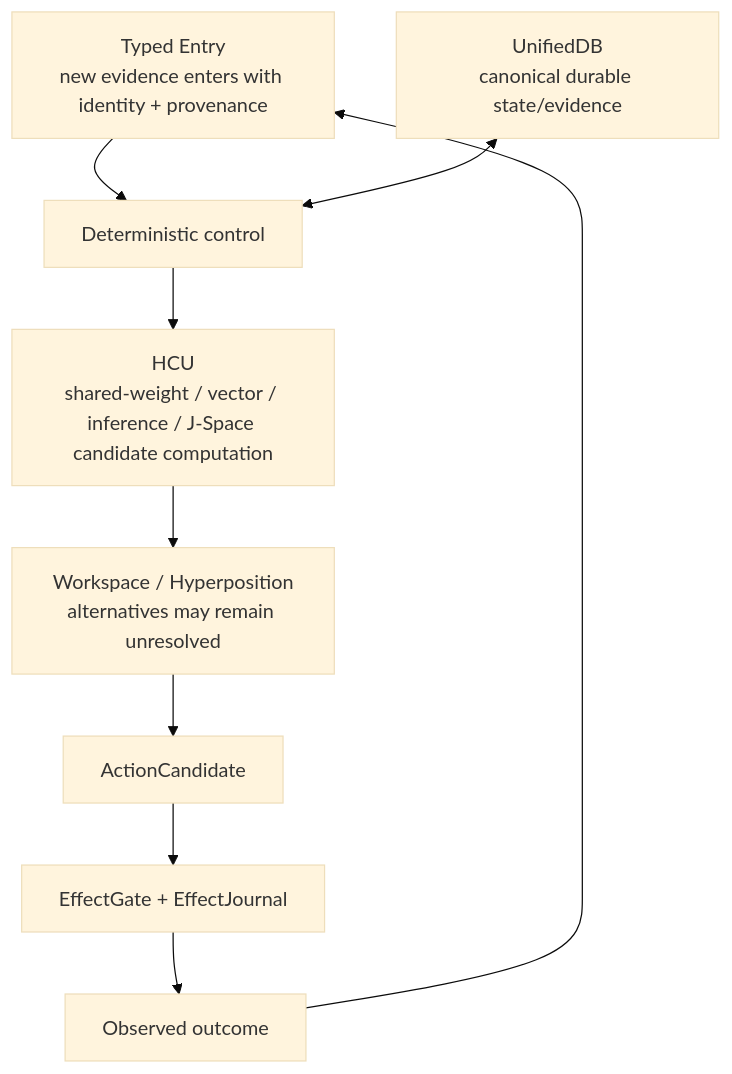
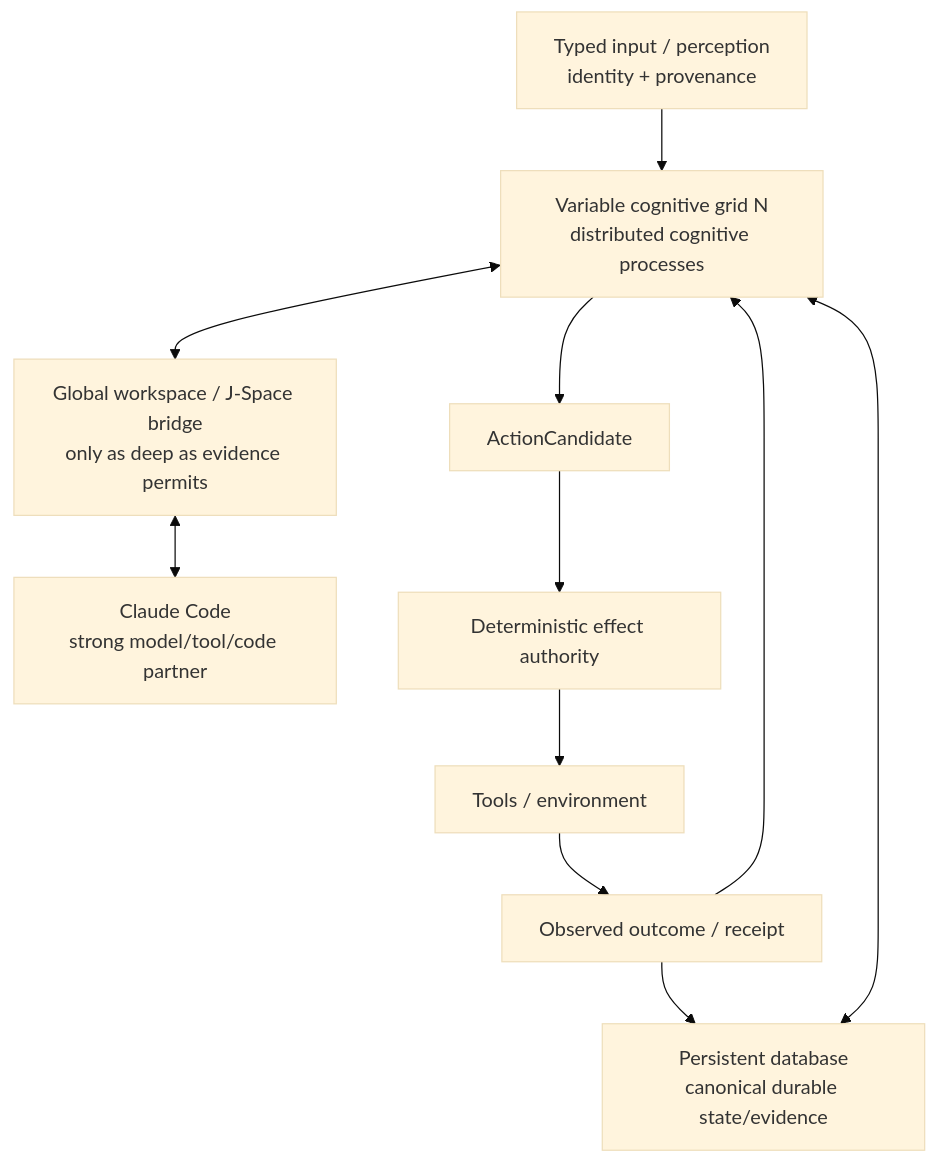
The second of 2 diagrams in HUMAN_READ_THIS/README.md (gschaidergabriel/Cognitive-devmachine), drawn with Mermaid (base theme) before and after one commit. The commit also changed other lines of this file, not shown here.

Commit message:
trigger3: fuse current variable-grid owner target into human layer

````diff
--- a/HUMAN_READ_THIS/README.md
+++ b/HUMAN_READ_THIS/README.md
@@ -90,11 +100,13 @@
 ```mermaid
 flowchart TD
-    I[Typed Entry<br/>new evidence enters with identity + provenance] --> C[Deterministic control]
-    C --> H[HCU<br/>shared-weight / vector / inference / J-Space candidate computation]
-    H --> W[Workspace / Hyperposition<br/>alternatives may remain unresolved]
-    W --> A[ActionCandidate]
-    A --> G[EffectGate + EffectJournal]
-    G --> O[Observed outcome]
-    O --> I
-    U[UnifiedDB<br/>canonical durable state/evidence] <--> C
+    I[Typed input / perception<br/>identity + provenance] --> G[Variable cognitive grid N<br/>distributed cognitive processes]
+    U[Persistent database<br/>canonical durable state/evidence] <--> G
+    G <--> W[Global workspace / J-Space bridge<br/>only as deep as evidence permits]
+    W <--> C[Claude Code<br/>strong model/tool/code partner]
+    G --> A[ActionCandidate]
+    A --> E[Deterministic effect authority]
+    E --> T[Tools / environment]
+    T --> O[Observed outcome / receipt]
+    O --> U
+    O --> G
 ```
````
